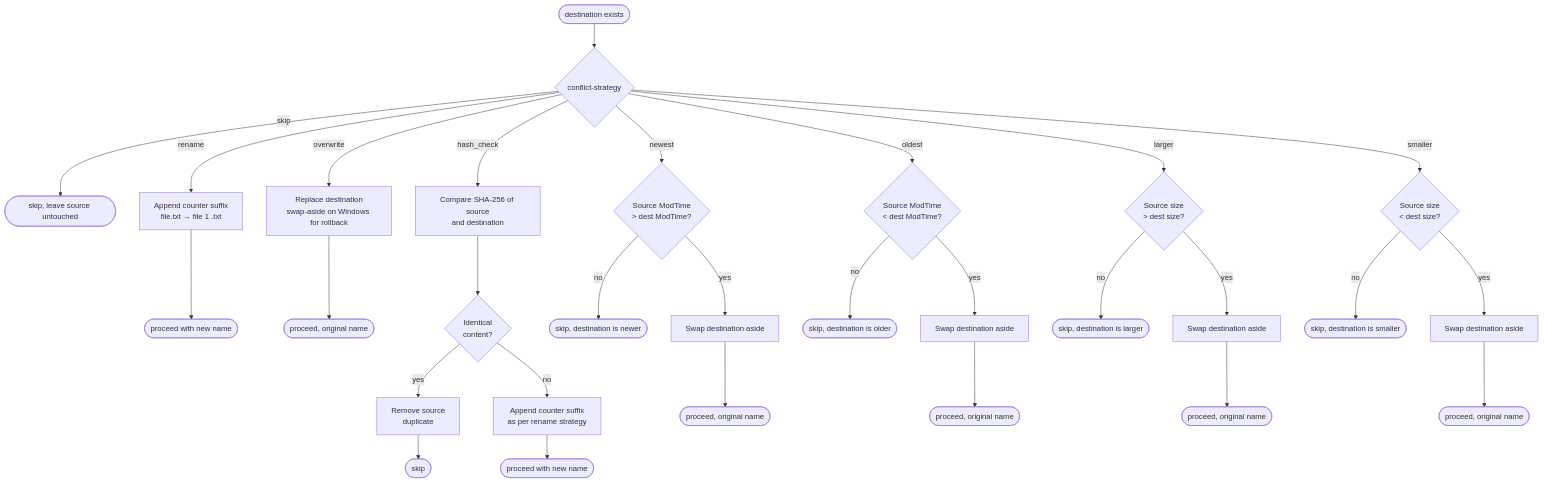
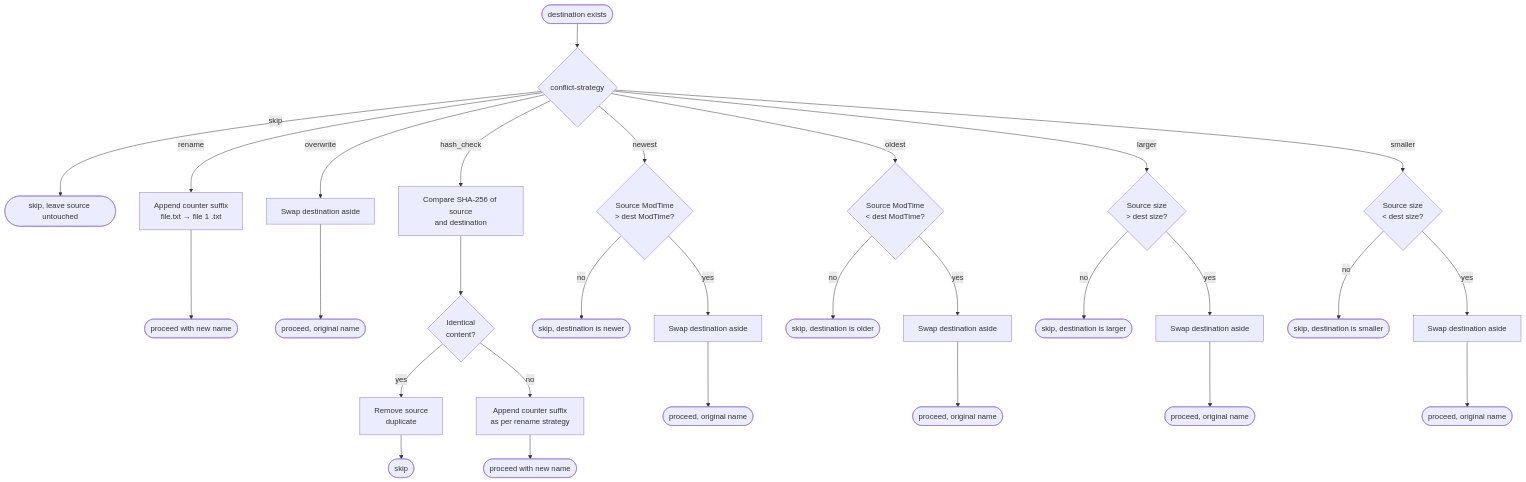
Before and after one commit to lucasassuncao/movelooper: the seventh of 7 diagrams in docs/dev/ARCHITECTURE.md, drawn with Mermaid. The commit also changed other lines of this file and 17 other files, not shown here.

````diff
--- a/docs/dev/ARCHITECTURE.md
+++ b/docs/dev/ARCHITECTURE.md
@@ -274,39 +274,39 @@
 ```mermaid
 flowchart TD
     Collision([destination exists]) --> Strategy{conflict-strategy}
 
     Strategy -- skip --> SkipFile([skip, leave source untouched])
 
     Strategy -- rename --> Rename[Append counter suffix\nfile.txt → file 1 .txt]
     Rename --> Proceed([proceed with new name])
 
-    Strategy -- overwrite --> Overwrite[Replace destination\nswap-aside on Windows for rollback]
+    Strategy -- overwrite --> Overwrite[Swap destination aside]
     Overwrite --> Proceed2([proceed, original name])
 
     Strategy -- hash_check --> Hash[Compare SHA-256 of source\nand destination]
     Hash --> HashMatch{Identical\ncontent?}
     HashMatch -- yes --> RemoveSrc[Remove source\nduplicate]
     RemoveSrc --> SkipFile2([skip])
     HashMatch -- no --> Rename2[Append counter suffix\nas per rename strategy]
     Rename2 --> Proceed3([proceed with new name])
 
     Strategy -- newest --> NewestCmp{Source ModTime\n> dest ModTime?}
     NewestCmp -- no --> SkipFile3([skip, destination is newer])
     NewestCmp -- yes --> SwapNewest[Swap destination aside]
     SwapNewest --> Proceed4([proceed, original name])
 
     Strategy -- oldest --> OldestCmp{Source ModTime\n< dest ModTime?}
     OldestCmp -- no --> SkipFile4([skip, destination is older])
     OldestCmp -- yes --> SwapOldest[Swap destination aside]
     SwapOldest --> Proceed5([proceed, original name])
 
     Strategy -- larger --> LargerCmp{Source size\n> dest size?}
     LargerCmp -- no --> SkipFile5([skip, destination is larger])
     LargerCmp -- yes --> SwapLarger[Swap destination aside]
     SwapLarger --> Proceed6([proceed, original name])
 
     Strategy -- smaller --> SmallerCmp{Source size\n< dest size?}
     SmallerCmp -- no --> SkipFile6([skip, destination is smaller])
     SmallerCmp -- yes --> SwapSmaller[Swap destination aside]
     SwapSmaller --> Proceed7([proceed, original name])
 ```
````
